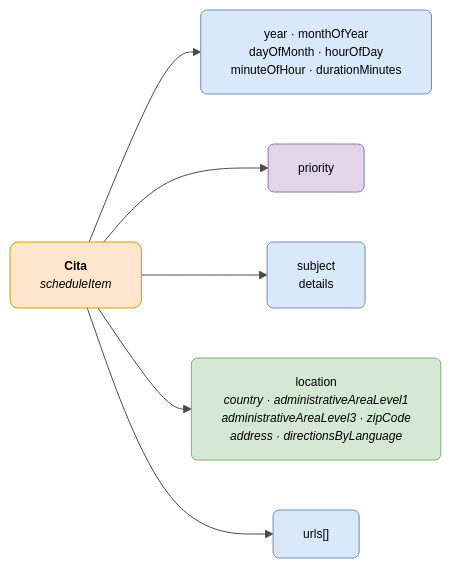
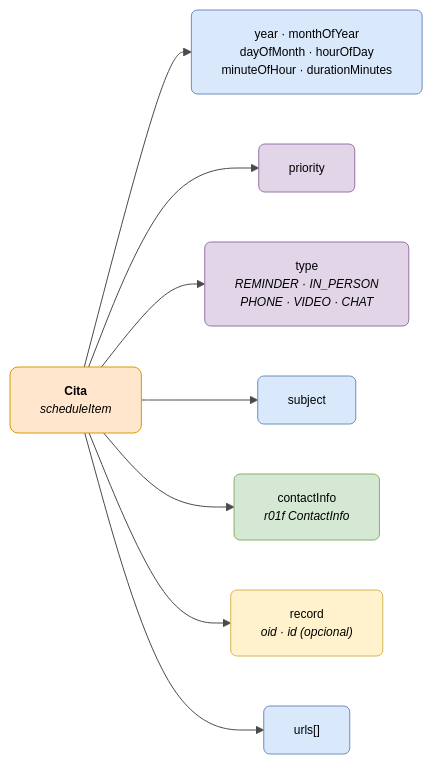
One commit to DENA-Euskadi/dena-euskadi.github.io changed the diagram in docs/semantica/data-retrieve/data/cita.md. Above: the diagram before and after it, drawn with Mermaid. The commit also changed other lines of this file and 75 other files, not shown here.

````diff
--- a/docs/semantica/data-retrieve/data/cita.md
+++ b/docs/semantica/data-retrieve/data/cita.md
@@ -17,27 +17,31 @@
 ```mermaid
 ---
 config:
   theme: base
   themeVariables:
     primaryColor: "#FFFFFF"
     primaryTextColor: "#000000"
     primaryBorderColor: "#CCCCCC"
     lineColor: "#4A4A4A"
     fontSize: "12px"
 ---
 flowchart LR
     CITA["<b>Cita</b><br/><i>scheduleItem</i>"]
 
     CITA --> WHEN["year · monthOfYear<br/>dayOfMonth · hourOfDay<br/>minuteOfHour · durationMinutes"]
     CITA --> PRIO["priority"]
-    CITA --> SUBJECT["subject<br/>details"]
-    CITA --> LOC["location<br/><i>country · administrativeAreaLevel1<br/>administrativeAreaLevel3 · zipCode<br/>address · directionsByLanguage</i>"]
+    CITA --> TYPE["type<br/><i>REMINDER · IN_PERSON<br/>PHONE · VIDEO · CHAT</i>"]
+    CITA --> SUBJECT["subject"]
+    CITA --> CONTACT["contactInfo<br/><i>r01f ContactInfo</i>"]
+    CITA --> RECORD["record<br/><i>oid · id (opcional)</i>"]
     CITA --> URLS["urls[]"]
 
     style CITA fill:#ffe6cc,stroke:#d79b00,color:#000000,rx:8,ry:8
     style WHEN fill:#dae8fc,stroke:#6c8ebf,color:#000000,rx:6,ry:6
     style PRIO fill:#e1d5e7,stroke:#9673a6,color:#000000,rx:6,ry:6
+    style TYPE fill:#e1d5e7,stroke:#9673a6,color:#000000,rx:6,ry:6
     style SUBJECT fill:#dae8fc,stroke:#6c8ebf,color:#000000,rx:6,ry:6
-    style LOC fill:#d5e8d4,stroke:#82b366,color:#000000,rx:6,ry:6
+    style CONTACT fill:#d5e8d4,stroke:#82b366,color:#000000,rx:6,ry:6
+    style RECORD fill:#fff2cc,stroke:#d6b656,color:#000000,rx:6,ry:6
     style URLS fill:#dae8fc,stroke:#6c8ebf,color:#000000,rx:6,ry:6
 ```
````
